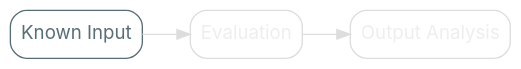
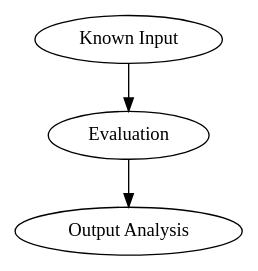
The diagram in src/graphviz/ebt_input.dot (nrinaudo/much-ado-about-testing), drawn with Graphviz before and after one commit. The commit also changed 98 other files, not shown here.

Commit message:
Use graphviz stylesheets

```diff
--- a/src/graphviz/ebt_input.dot
+++ b/src/graphviz/ebt_input.dot
@@ -1,15 +1,8 @@
 digraph {
-    bgcolor=transparent
-    rankdir=LR
+    Input[label="Known Input"]
+    Evaluation[class="disabled"]
+    Analysis[label="Output Analysis" class="disabled"]
 
-    // Default theme: enabled
-    node[shape="rectangle" style="rounded,filled" color="#586E75" fillcolor="#ffffff" fontcolor="#586E75" fontname="Inter,Arial"]
-    edge[color="#586E75" fontcolor="#000000" fontname="Inter,Arial" fontsize=11]
-
-    Input[label="Known Input"]
-    Evaluation[color="#dddddd" fontcolor="#eeeeee"]
-    Analysis[label="Output Analysis" color="#dddddd" fontcolor="#eeeeee"]
-
-    Input -> Evaluation[color="#dddddd"]
-    Evaluation -> Analysis[color="#dddddd"]
+    Input -> Evaluation[class="disabled"]
+    Evaluation -> Analysis[class="disabled"]
 }
```
